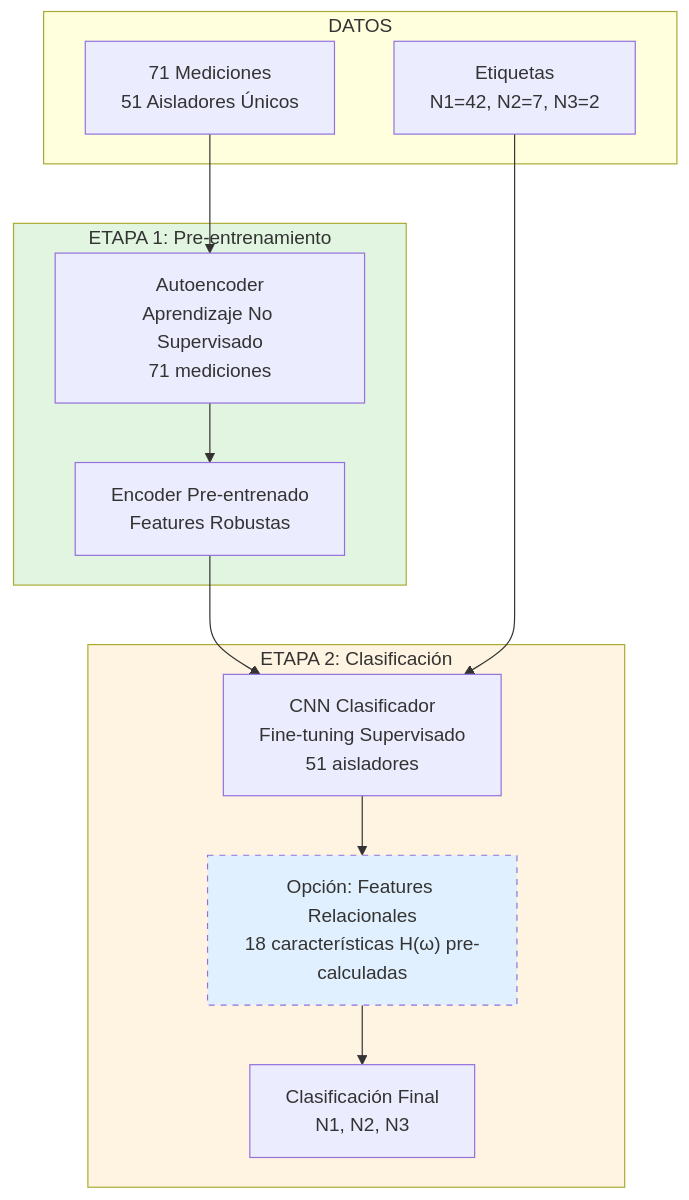
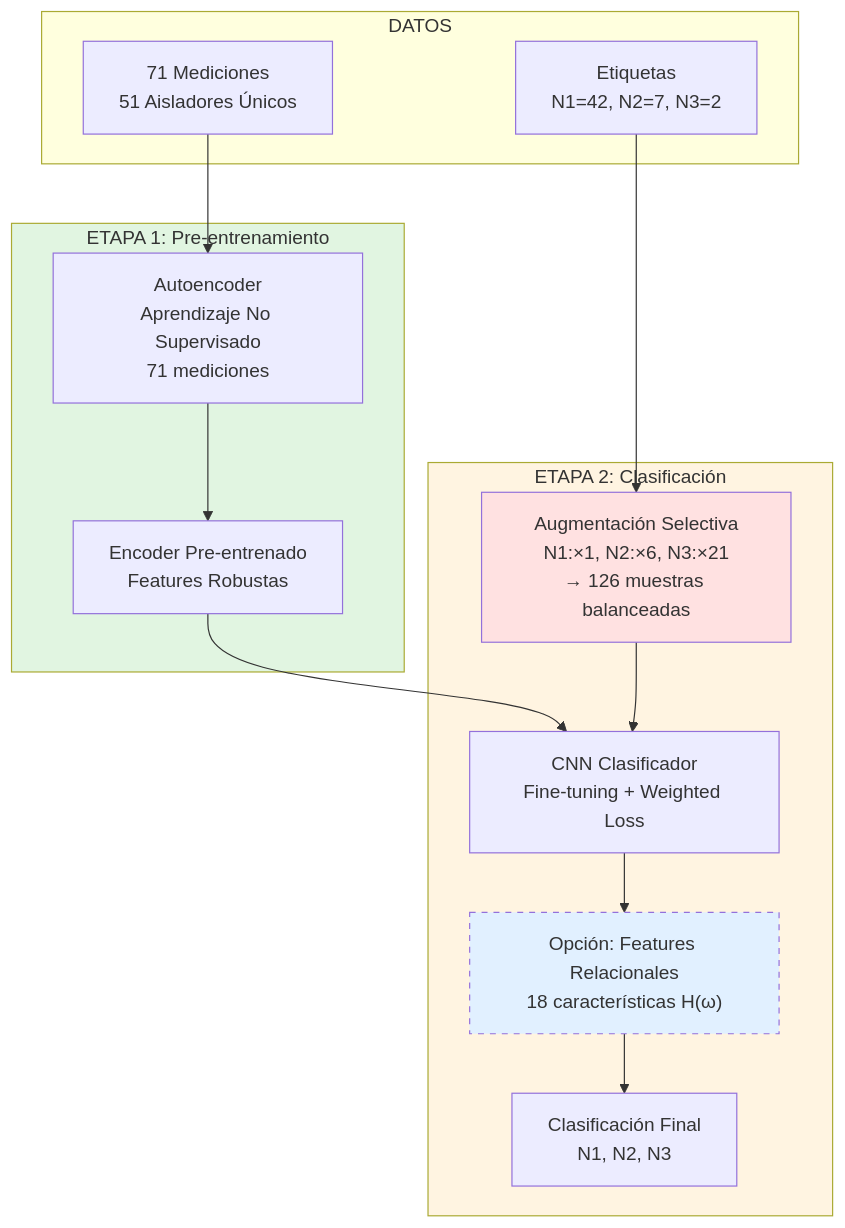
The first of 5 diagrams in PROPUESTA_CNN_ARQUITECTURA.md (giansmart/deepsolation), drawn with Mermaid before and after one commit. The commit also changed other lines of this file, not shown here.

````diff
--- a/PROPUESTA_CNN_ARQUITECTURA.md
+++ b/PROPUESTA_CNN_ARQUITECTURA.md
@@ -253,29 +253,32 @@
 ```mermaid
 graph TB
     subgraph Datos["DATOS"]
         A["71 Mediciones<br/>51 Aisladores Únicos"]
         B["Etiquetas<br/>N1=42, N2=7, N3=2"]
     end
 
     subgraph Stage1["ETAPA 1: Pre-entrenamiento"]
         D["Autoencoder<br/>Aprendizaje No Supervisado<br/>71 mediciones"]
         E["Encoder Pre-entrenado<br/>Features Robustas"]
     end
 
     subgraph Stage2["ETAPA 2: Clasificación"]
-        F["CNN Clasificador<br/>Fine-tuning Supervisado<br/>51 aisladores"]
-        G["Opción: Features Relacionales<br/>18 características H(ω) pre-calculadas"]
-        H["Clasificación Final<br/>N1, N2, N3"]
+        F["Augmentación Selectiva<br/>N1:×1, N2:×6, N3:×21<br/>→ 126 muestras balanceadas"]
+        G["CNN Clasificador<br/>Fine-tuning + Weighted Loss"]
+        H["Opción: Features Relacionales<br/>18 características H(ω)"]
+        I["Clasificación Final<br/>N1, N2, N3"]
     end
 
     A --> D
     D --> E
-    E --> F
+    E --> G
     B --> F
     F --> G
     G --> H
+    H --> I
 
     style Stage1 fill:#e1f5e1
     style Stage2 fill:#fff4e1
-    style G fill:#e1f0ff,stroke-dasharray: 5 5
+    style F fill:#ffe1e1
+    style H fill:#e1f0ff,stroke-dasharray: 5 5
 ```
````
